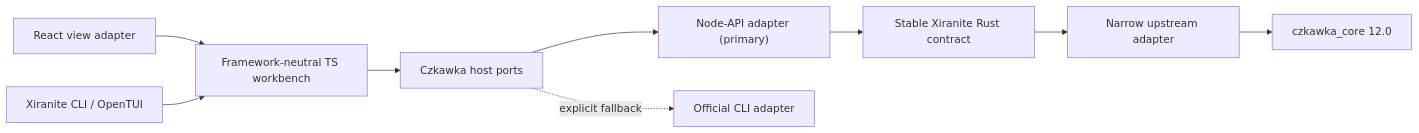
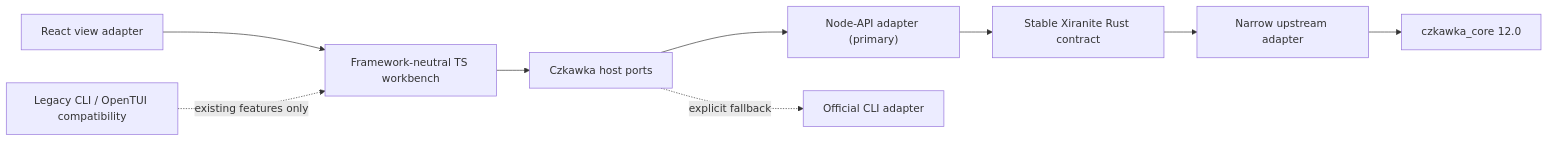
Before and after one commit to HibernalGlow/Xiranite: the diagram in docs/czkawka-12-upgrade-plan.md, drawn with Mermaid. The commit also changed other lines of this file and 78 other files, not shown here.

````diff
--- a/docs/czkawka-12-upgrade-plan.md
+++ b/docs/czkawka-12-upgrade-plan.md
@@ -17,11 +17,11 @@
 ```mermaid
 flowchart LR
   R["React view adapter"] --> W["Framework-neutral TS workbench"]
-  T["Xiranite CLI / OpenTUI"] --> W
+  T["Legacy CLI / OpenTUI compatibility"] -. existing features only .-> W
   W --> H["Czkawka host ports"]
   H --> N["Node-API adapter (primary)"]
   H -. explicit fallback .-> C["Official CLI adapter"]
   N --> X["Stable Xiranite Rust contract"]
   X --> U["Narrow upstream adapter"]
   U --> K["czkawka_core 12.0"]
 ```
````
